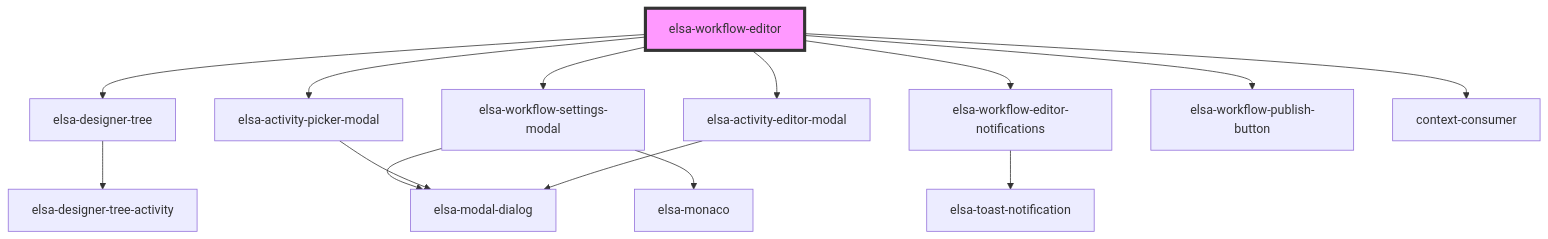
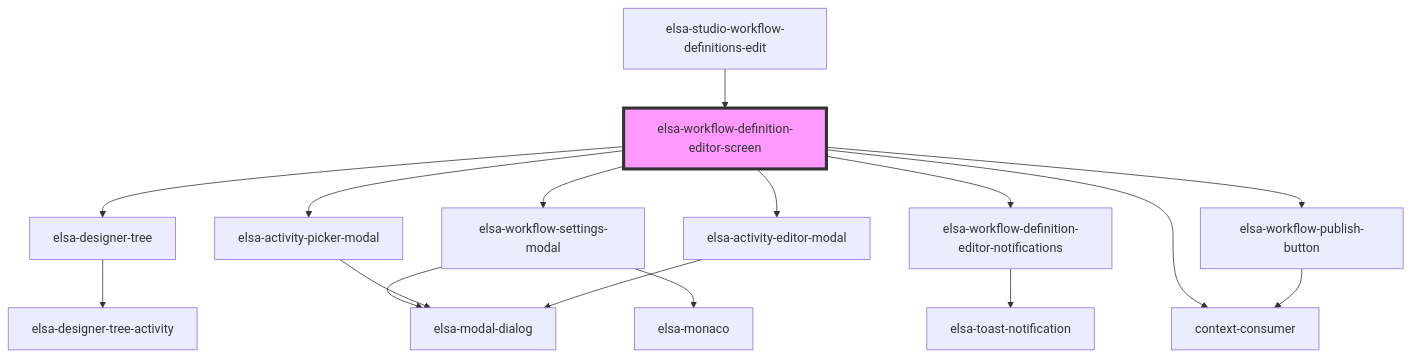
The diagram in src/designer/elsa-workflows-studio/src/components/screens/workflow-definition-editor/elsa-workflow-definition-editor-screen/readme.md (elsa-workflows/elsa-core), drawn with Mermaid before and after one commit. The commit also changed other lines of this file and 32 other files, not shown here.

````diff
--- a/src/designer/elsa-workflows-studio/src/components/screens/workflow-definition-editor/elsa-workflow-definition-editor-screen/readme.md
+++ b/src/designer/elsa-workflows-studio/src/components/screens/workflow-definition-editor/elsa-workflow-definition-editor-screen/readme.md
@@ -52,17 +84,19 @@
 ```mermaid
 graph TD;
-  elsa-workflow-editor --> elsa-designer-tree
-  elsa-workflow-editor --> elsa-workflow-settings-modal
-  elsa-workflow-editor --> elsa-workflow-editor-notifications
-  elsa-workflow-editor --> elsa-activity-picker-modal
-  elsa-workflow-editor --> elsa-activity-editor-modal
-  elsa-workflow-editor --> elsa-workflow-publish-button
-  elsa-workflow-editor --> context-consumer
+  elsa-workflow-definition-editor-screen --> elsa-designer-tree
+  elsa-workflow-definition-editor-screen --> elsa-workflow-settings-modal
+  elsa-workflow-definition-editor-screen --> elsa-workflow-definition-editor-notifications
+  elsa-workflow-definition-editor-screen --> elsa-activity-picker-modal
+  elsa-workflow-definition-editor-screen --> elsa-activity-editor-modal
+  elsa-workflow-definition-editor-screen --> elsa-workflow-publish-button
+  elsa-workflow-definition-editor-screen --> context-consumer
   elsa-designer-tree --> elsa-designer-tree-activity
   elsa-workflow-settings-modal --> elsa-modal-dialog
   elsa-workflow-settings-modal --> elsa-monaco
-  elsa-workflow-editor-notifications --> elsa-toast-notification
+  elsa-workflow-definition-editor-notifications --> elsa-toast-notification
   elsa-activity-picker-modal --> elsa-modal-dialog
   elsa-activity-editor-modal --> elsa-modal-dialog
-  style elsa-workflow-editor fill:#f9f,stroke:#333,stroke-width:4px
+  elsa-workflow-publish-button --> context-consumer
+  elsa-studio-workflow-definitions-edit --> elsa-workflow-definition-editor-screen
+  style elsa-workflow-definition-editor-screen fill:#f9f,stroke:#333,stroke-width:4px
 ```
````
